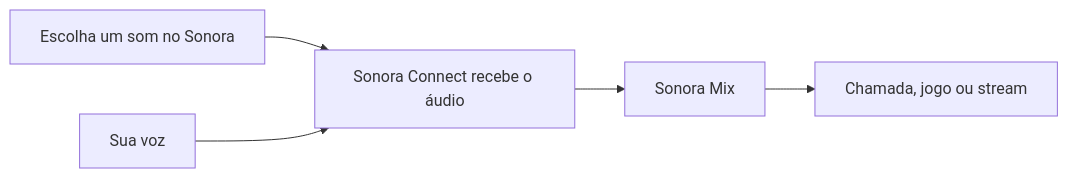
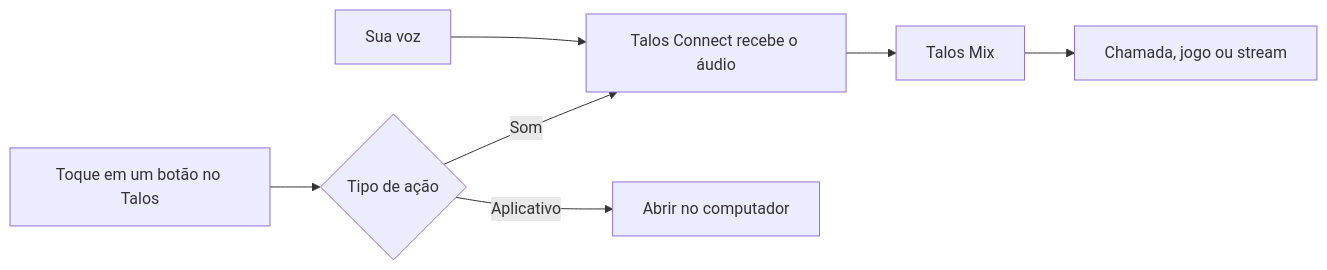
The diagram in README.md (alexbr-alves/sonora), drawn with Mermaid before and after one commit. The commit also changed other lines of this file and 25 other files, not shown here.

````diff
--- a/README.md
+++ b/README.md
@@ -65,7 +69,9 @@
 ```mermaid
 flowchart LR
-    A["Escolha um som no Sonora"] --> B["Sonora Connect recebe o áudio"]
-    C["Sua voz"] --> B
-    B --> D["Sonora Mix"]
+    A["Toque em um botão no Talos"] --> B{"Tipo de ação"}
+    B -->|"Som"| C["Talos Connect recebe o áudio"]
+    B -->|"Aplicativo"| F["Abrir no computador"]
+    V["Sua voz"] --> C
+    C --> D["Talos Mix"]
     D --> E["Chamada, jogo ou stream"]
 ```
````
